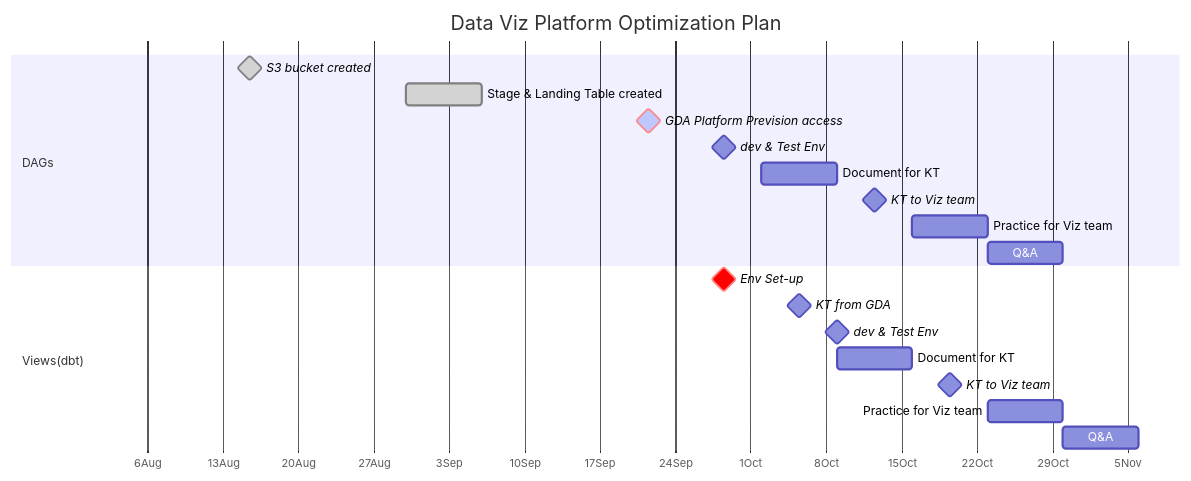
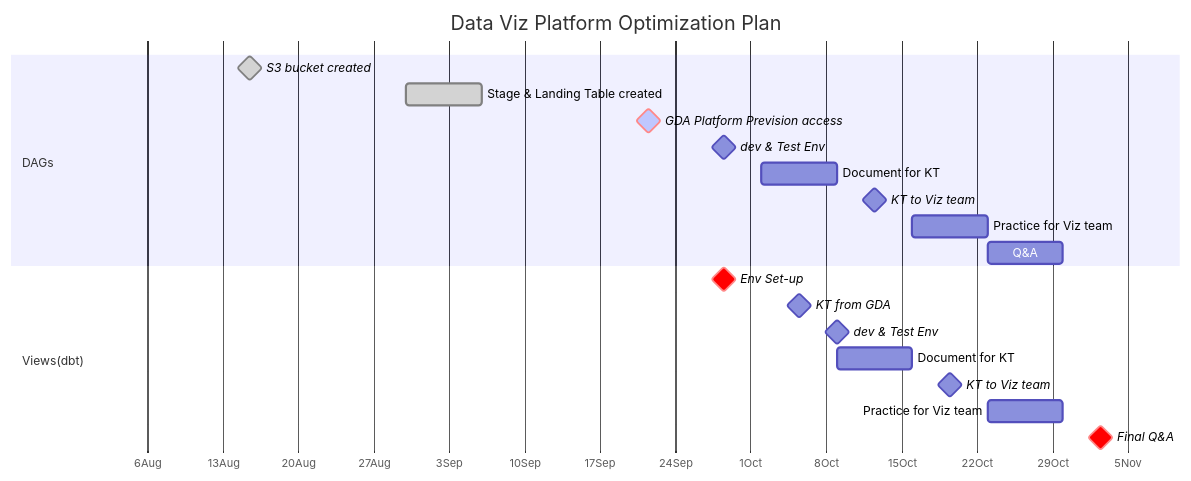
Before and after one commit to Jamesxuxiao/plan: the diagram in Plan.md, drawn with Mermaid.

````diff
--- a/Plan.md
+++ b/Plan.md
@@ -6,34 +6,35 @@
 ```mermaid
 gantt
     dateFormat  YYYY-MM-DD
     title       Data Viz Platform Optimization Plan
     axisFormat %e%b
     todayMarker on
     %%excludes    weekends
     tickInterval 1week
     %% (`excludes` accepts specific dates in YYYY-MM-DD format, days of the week ("sunday") or "weekends", but not the word "weekdays".)
 
 
     section A ridiculously <br> long section <br> name
 
     section DAGs
     S3 bucket created: milestone, done, des09, 2023-08-01, 2023-08-30
     Stage & Landing Table created      : done, desc10, after des09,1w
     GDA Platform Prevision access    : milestone,active,crit,   des11, after des10, 1w
     dev & Test Env              :    milestone,des12, after des11, 1w
     Document for KT             :    des13, after des12, 1w
     KT to Viz team              :    milestone,des14, after des13, 1w
     Practice for Viz team       :    des15, after des14, 1w
     Q&A                         :    des16, after des15, 1w
 
     section Views(dbt)
     Env Set-up                  :    milestone,crit, des41, after des11, 1w
     KT from GDA                 :    milestone, des42, after des41, 1w
     dev & Test Env              :    milestone, des43, after des42,des13 1w
     Document for KT             :    des44, after des43, 1w
     KT to Viz team              :    milestone,des45, after des44, 1w
     Practice for Viz team       :    des46, after des45, 1w
-    Q&A                         :    des47, after des46, 1w
+    Final Q&A                         :    milestone,crit, des47, after des46, 1w
+
 
 
 ```
````
